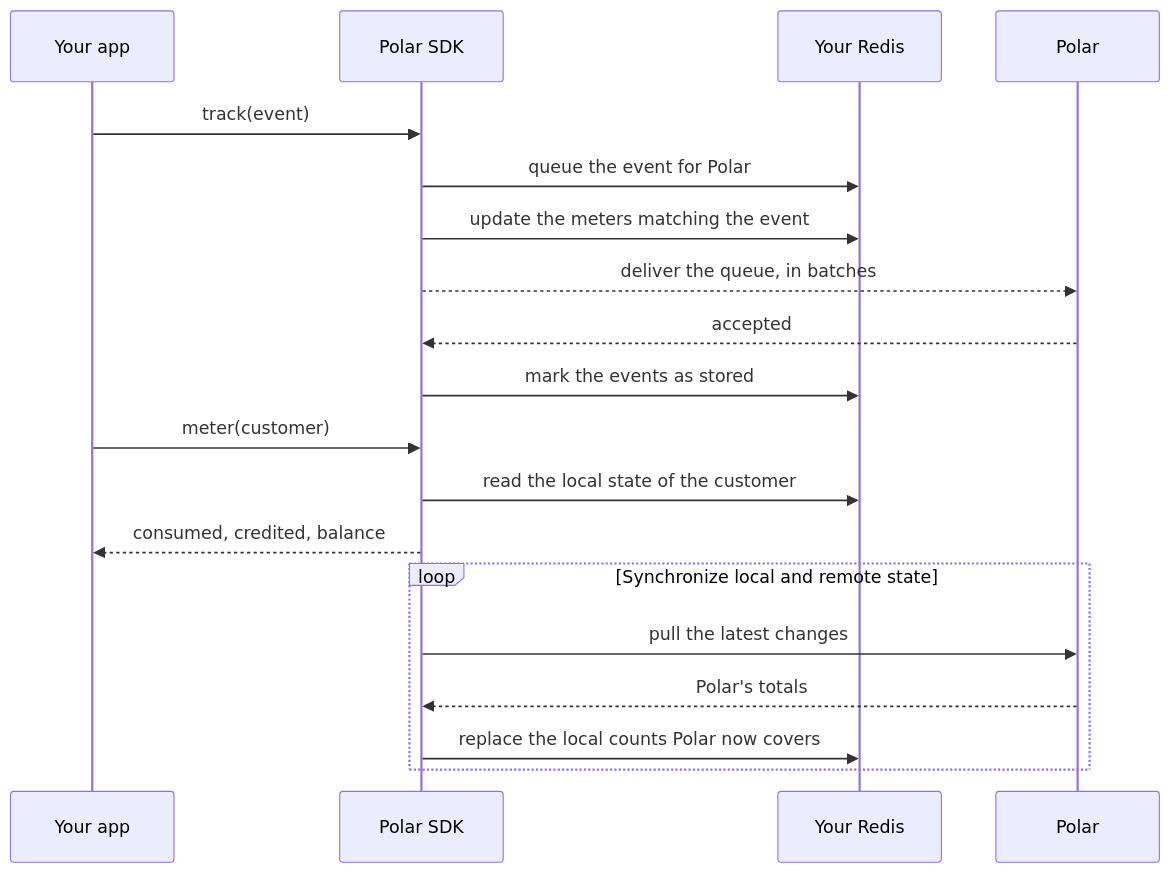
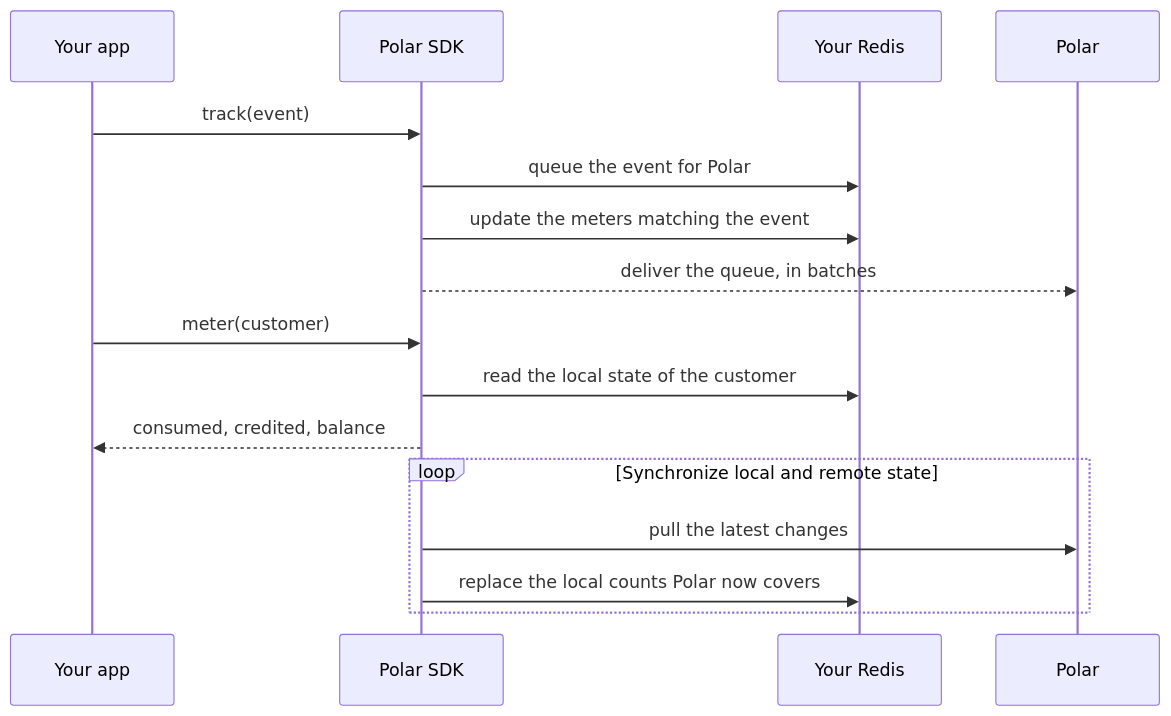
The diagram in docs/features/outpost.mdx (polarsource/polar), drawn with Mermaid before and after one commit. The commit also changed other lines of this file and 2 other files, not shown here.

````diff
--- a/docs/features/outpost.mdx
+++ b/docs/features/outpost.mdx
@@ -32,22 +220,19 @@
 ```mermaid
 sequenceDiagram
     participant App as Your app
     participant SDK as Polar SDK
     participant Redis as Your Redis
     participant Polar
 
     App->>SDK: track(event)
     SDK->>Redis: queue the event for Polar
     SDK->>Redis: update the meters matching the event
     SDK-->>Polar: deliver the queue, in batches
-    Polar-->>SDK: accepted
-    SDK->>Redis: mark the events as stored
     App->>SDK: meter(customer)
     SDK->>Redis: read the local state of the customer
     SDK-->>App: consumed, credited, balance
     loop Synchronize local and remote state
         SDK->>Polar: pull the latest changes
-        Polar-->>SDK: Polar's totals
         SDK->>Redis: replace the local counts Polar now covers
     end
 ```
````
